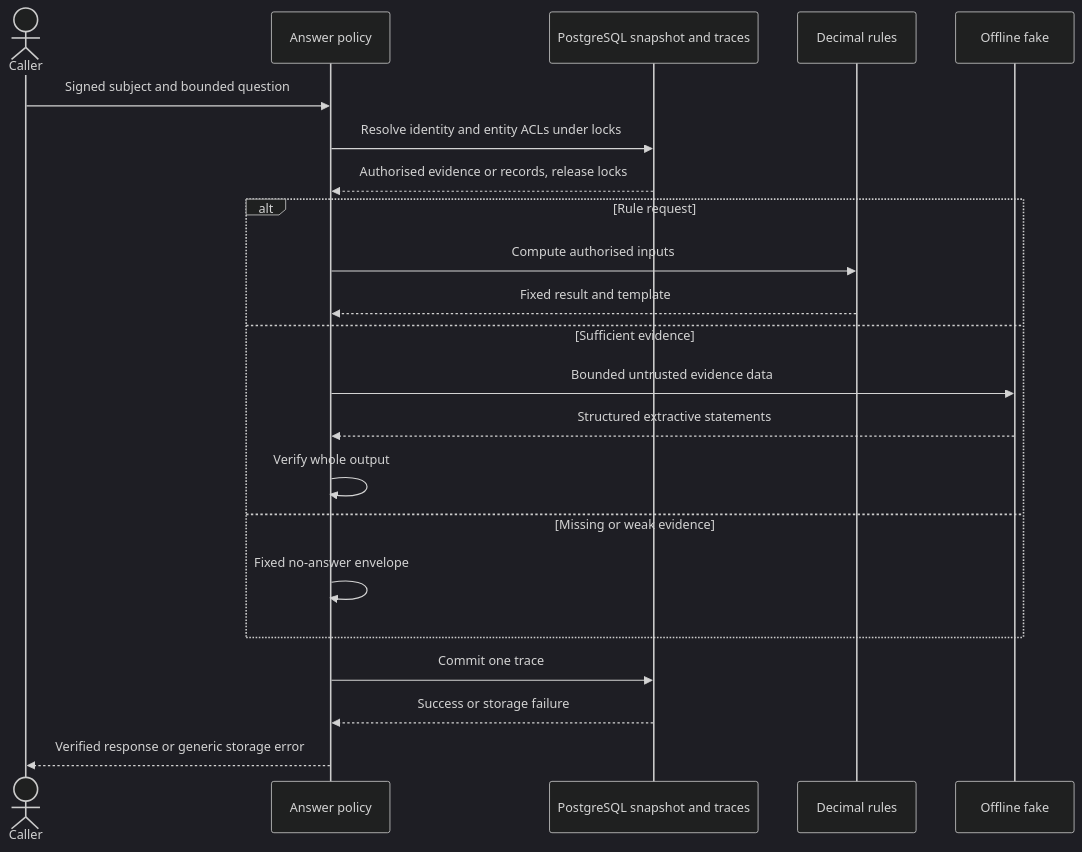
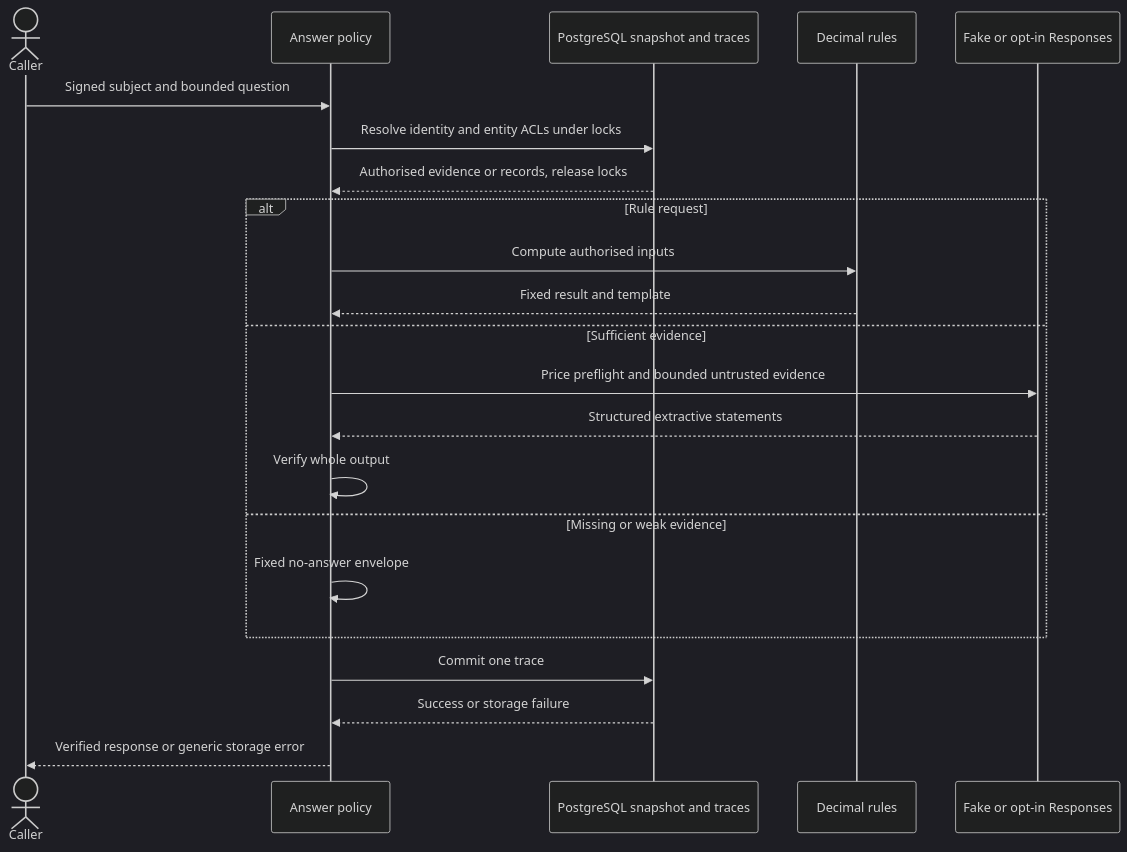
Before and after one commit to venkatakgonela/rag-audit-demo: the fourth of 6 diagrams in docs/ARCHITECTURE.md, drawn with Mermaid (dark theme). The commit also changed other lines of this file and 8 other files, not shown here.

````diff
--- a/docs/ARCHITECTURE.md
+++ b/docs/ARCHITECTURE.md
@@ -73,24 +76,24 @@
 ```mermaid
 sequenceDiagram
     actor Caller
     participant Policy as Answer policy
     participant Store as PostgreSQL snapshot and traces
     participant Rules as Decimal rules
-    participant Model as Offline fake
+    participant Model as Fake or opt-in Responses
     Caller->>Policy: Signed subject and bounded question
     Policy->>Store: Resolve identity and entity ACLs under locks
     Store-->>Policy: Authorised evidence or records, release locks
     alt Rule request
         Policy->>Rules: Compute authorised inputs
         Rules-->>Policy: Fixed result and template
     else Sufficient evidence
-        Policy->>Model: Bounded untrusted evidence data
-        Model-->>Policy: Structured extractive statements
+        Policy->>Model: Price preflight and bounded untrusted evidence
+    Model-->>Policy: Structured extractive statements
         Policy->>Policy: Verify whole output
     else Missing or weak evidence
         Policy->>Policy: Fixed no-answer envelope
     end
     Policy->>Store: Commit one trace
     Store-->>Policy: Success or storage failure
     Policy-->>Caller: Verified response or generic storage error
 ```
````
